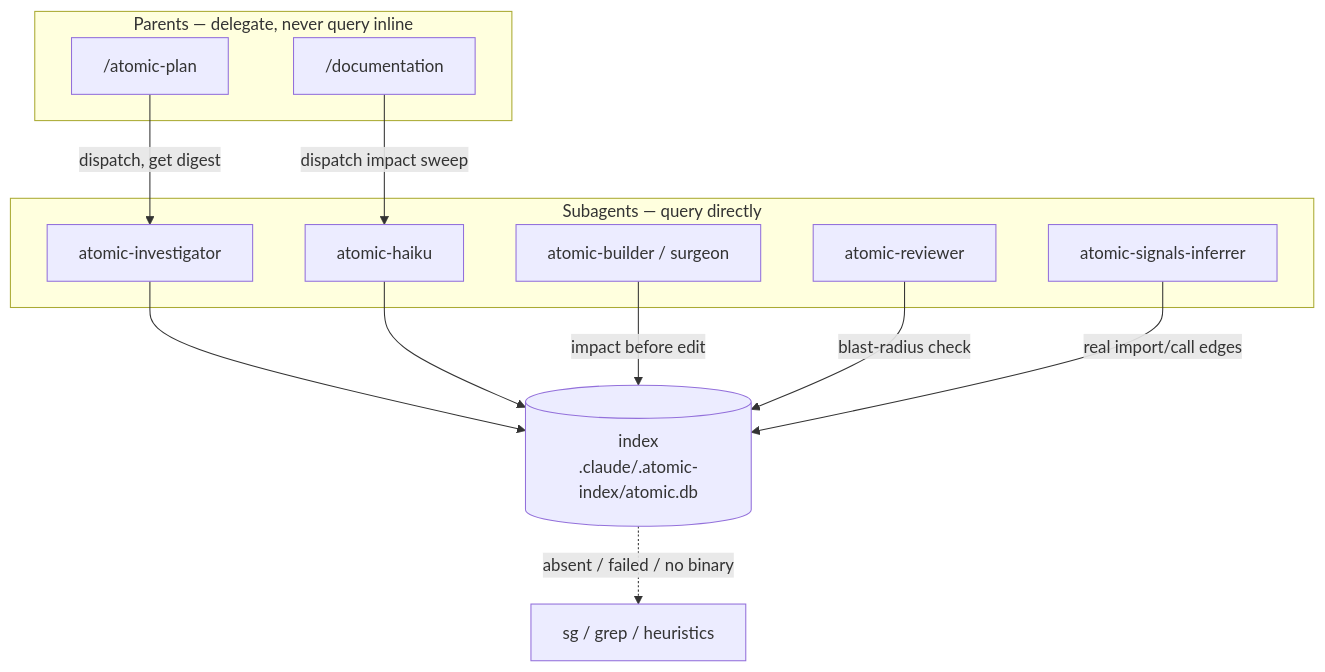
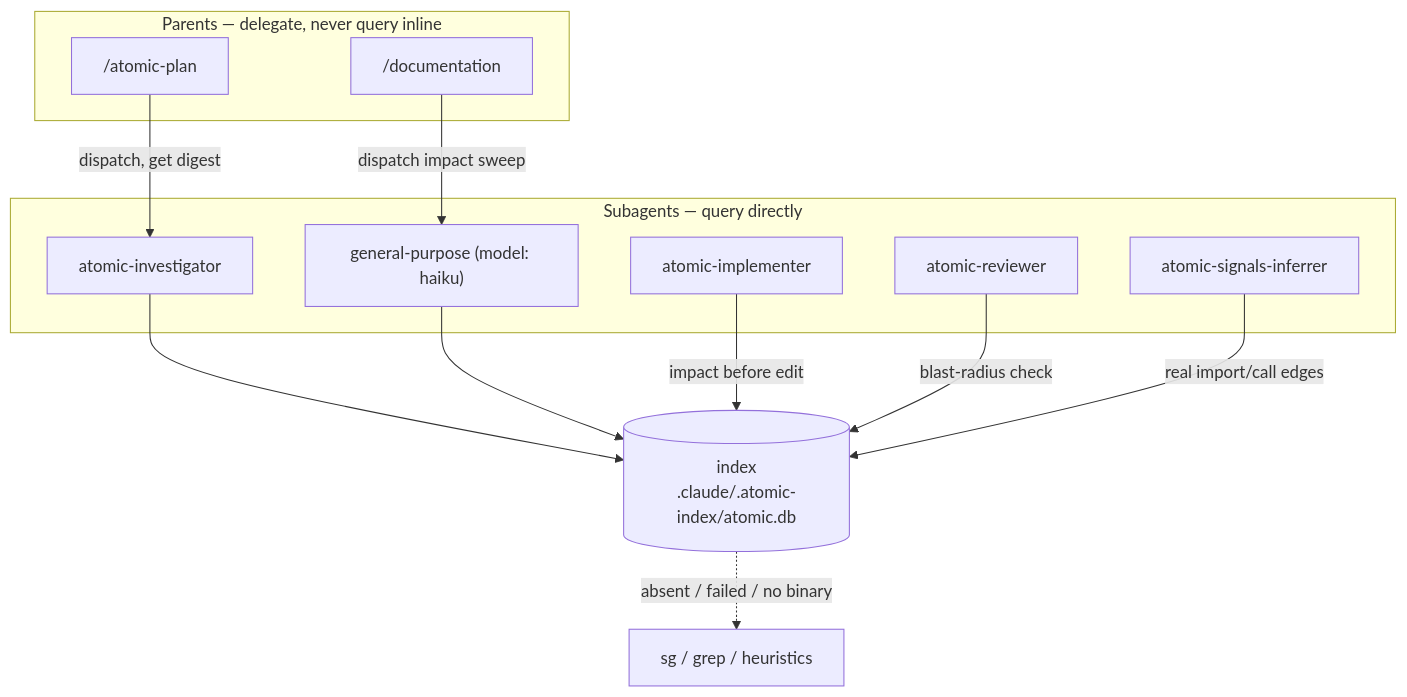
One commit to damusix/atomic-claude changed the diagram in docs/reference/code-intel.md. Above: the diagram before and after it, drawn with Mermaid. The commit also changed other lines of this file and 143 other files, not shown here.

````diff
--- a/docs/reference/code-intel.md
+++ b/docs/reference/code-intel.md
@@ -103,25 +103,25 @@
 ```mermaid
 flowchart TD
     subgraph parents["Parents — delegate, never query inline"]
         plan["/atomic-plan"]
         doc["/documentation"]
     end
     subgraph subs["Subagents — query directly"]
         inv["atomic-investigator"]
-        haiku["atomic-haiku"]
-        impl["atomic-builder / surgeon"]
+        gp["general-purpose (model: haiku)"]
+        impl["atomic-implementer"]
         rev["atomic-reviewer"]
         sig["atomic-signals-inferrer"]
     end
     db[("index<br/>.claude/.atomic-index/atomic.db")]
     grep["sg / grep / heuristics"]
 
     plan -->|dispatch, get digest| inv
-    doc -->|dispatch impact sweep| haiku
+    doc -->|dispatch impact sweep| gp
     inv --> db
-    haiku --> db
+    gp --> db
     impl -->|impact before edit| db
     rev -->|blast-radius check| db
     sig -->|real import/call edges| db
     db -.->|absent / failed / no binary| grep
 ```
````
